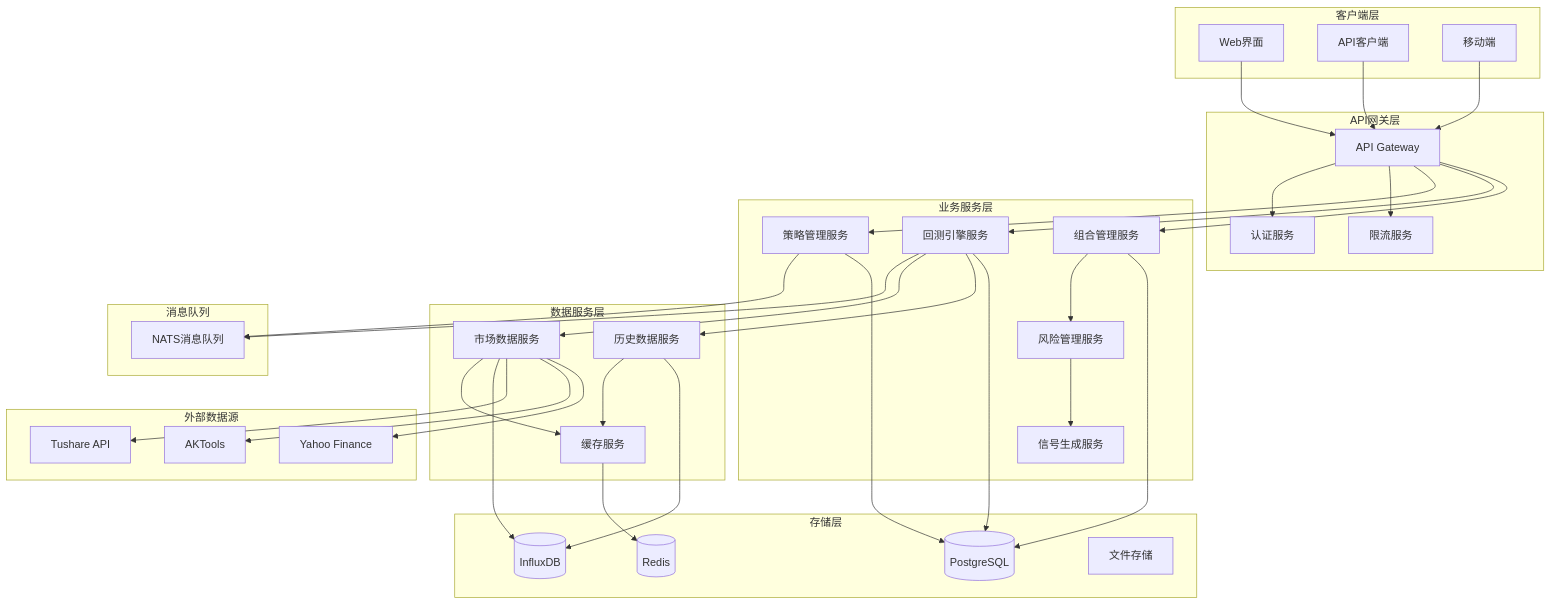
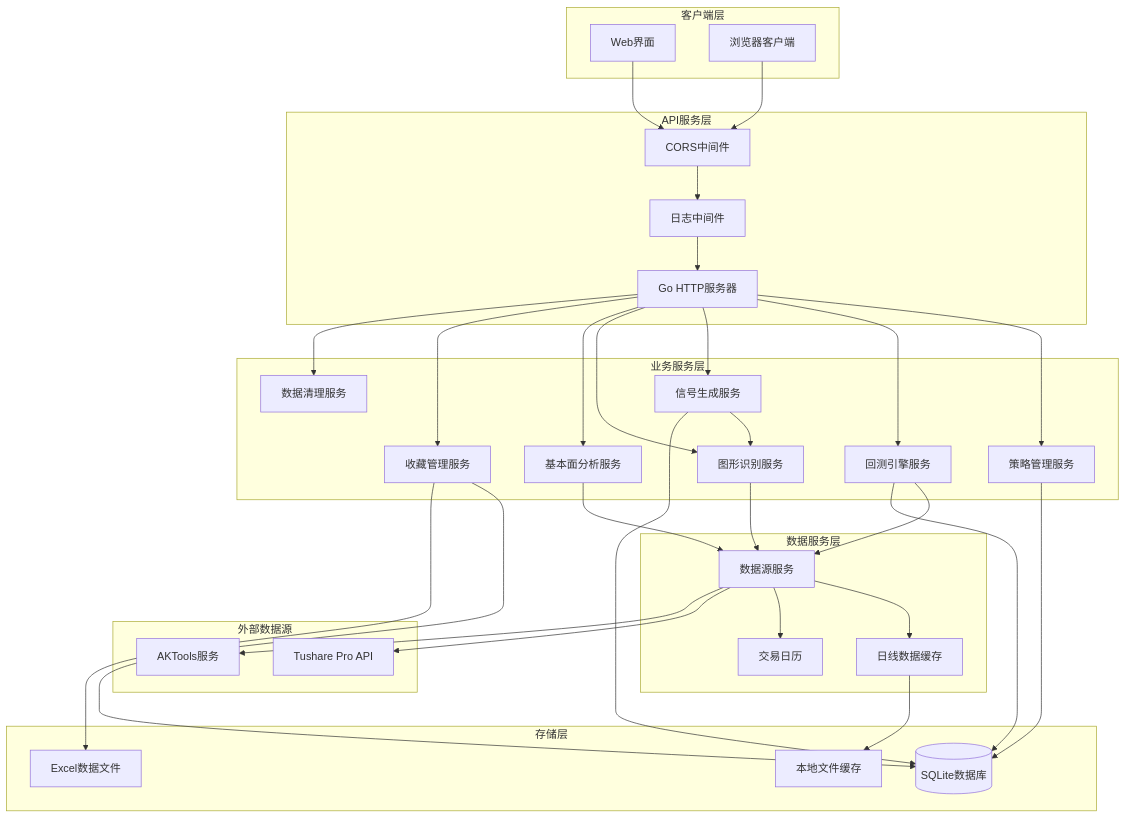
Before and after one commit to guojiex/stock-a-future: the diagram in docs/architecture/BACKTEST_SYSTEM_DESIGN.md, drawn with Mermaid. The commit also changed other lines of this file and 1 other file, not shown here.

````diff
--- a/docs/architecture/BACKTEST_SYSTEM_DESIGN.md
+++ b/docs/architecture/BACKTEST_SYSTEM_DESIGN.md
@@ -40,78 +41,74 @@
 ```mermaid
 graph TB
     subgraph "客户端层"
         WEB[Web界面]
-        API_CLIENT[API客户端]
-        MOBILE[移动端]
+        BROWSER[浏览器客户端]
     end
     
-    subgraph "API网关层"
-        GATEWAY[API Gateway]
-        AUTH[认证服务]
-        RATE_LIMIT[限流服务]
+    subgraph "API服务层"
+        SERVER[Go HTTP服务器]
+        CORS[CORS中间件]
+        LOGGING[日志中间件]
     end
     
     subgraph "业务服务层"
         STRATEGY[策略管理服务]
         BACKTEST[回测引擎服务]
-        PORTFOLIO[组合管理服务]
-        RISK[风险管理服务]
         SIGNAL[信号生成服务]
+        PATTERN[图形识别服务]
+        FUNDAMENTAL[基本面分析服务]
+        FAVORITES[收藏管理服务]
+        CLEANUP[数据清理服务]
     end
     
     subgraph "数据服务层"
-        MARKET_DATA[市场数据服务]
-        HIST_DATA[历史数据服务]
-        CACHE[缓存服务]
+        DATA_SOURCE[数据源服务]
+        DAILY_CACHE[日线数据缓存]
+        TRADING_CALENDAR[交易日历]
     end
     
     subgraph "存储层"
-        POSTGRES[(PostgreSQL)]
-        INFLUX[(InfluxDB)]
-        REDIS[(Redis)]
-        FILE_STORE[文件存储]
-    end
-    
-    subgraph "消息队列"
-        NATS[NATS消息队列]
+        SQLITE[(SQLite数据库)]
+        FILE_CACHE[本地文件缓存]
+        EXCEL_FILES[Excel数据文件]
     end
     
     subgraph "外部数据源"
-        TUSHARE[Tushare API]
-        AKTOOLS[AKTools]
-        YAHOO[Yahoo Finance]
+        TUSHARE[Tushare Pro API]
+        AKTOOLS[AKTools服务]
     end
     
-    WEB --> GATEWAY
-    API_CLIENT --> GATEWAY
-    MOBILE --> GATEWAY
+    WEB --> CORS
+    BROWSER --> CORS
     
-    GATEWAY --> AUTH
-    GATEWAY --> RATE_LIMIT
-    GATEWAY --> STRATEGY
-    GATEWAY --> BACKTEST
-    GATEWAY --> PORTFOLIO
+    CORS --> LOGGING
+    LOGGING --> SERVER
     
-    STRATEGY --> NATS
-    BACKTEST --> NATS
-    BACKTEST --> MARKET_DATA
-    BACKTEST --> HIST_DATA
+    SERVER --> STRATEGY
+    SERVER --> BACKTEST
+    SERVER --> SIGNAL
+    SERVER --> PATTERN
+    SERVER --> FUNDAMENTAL
+    SERVER --> FAVORITES
+    SERVER --> CLEANUP
     
-    PORTFOLIO --> RISK
-    RISK --> SIGNAL
+    BACKTEST --> DATA_SOURCE
+    SIGNAL --> PATTERN
+    PATTERN --> DATA_SOURCE
+    FUNDAMENTAL --> DATA_SOURCE
     
-    MARKET_DATA --> CACHE
-    HIST_DATA --> CACHE
-    CACHE --> REDIS
+    DATA_SOURCE --> DAILY_CACHE
+    DATA_SOURCE --> TRADING_CALENDAR
     
-    STRATEGY --> POSTGRES
-    BACKTEST --> POSTGRES
-    PORTFOLIO --> POSTGRES
+    STRATEGY --> SQLITE
+    BACKTEST --> SQLITE
+    FAVORITES --> SQLITE
+    SIGNAL --> SQLITE
     
-    HIST_DATA --> INFLUX
-    MARKET_DATA --> INFLUX
+    DAILY_CACHE --> FILE_CACHE
     
-    MARKET_DATA --> TUSHARE
-    MARKET_DATA --> AKTOOLS
-    MARKET_DATA --> YAHOO
+    DATA_SOURCE --> TUSHARE
+    DATA_SOURCE --> AKTOOLS
+    
+    FAVORITES --> EXCEL_FILES
 ```
````
